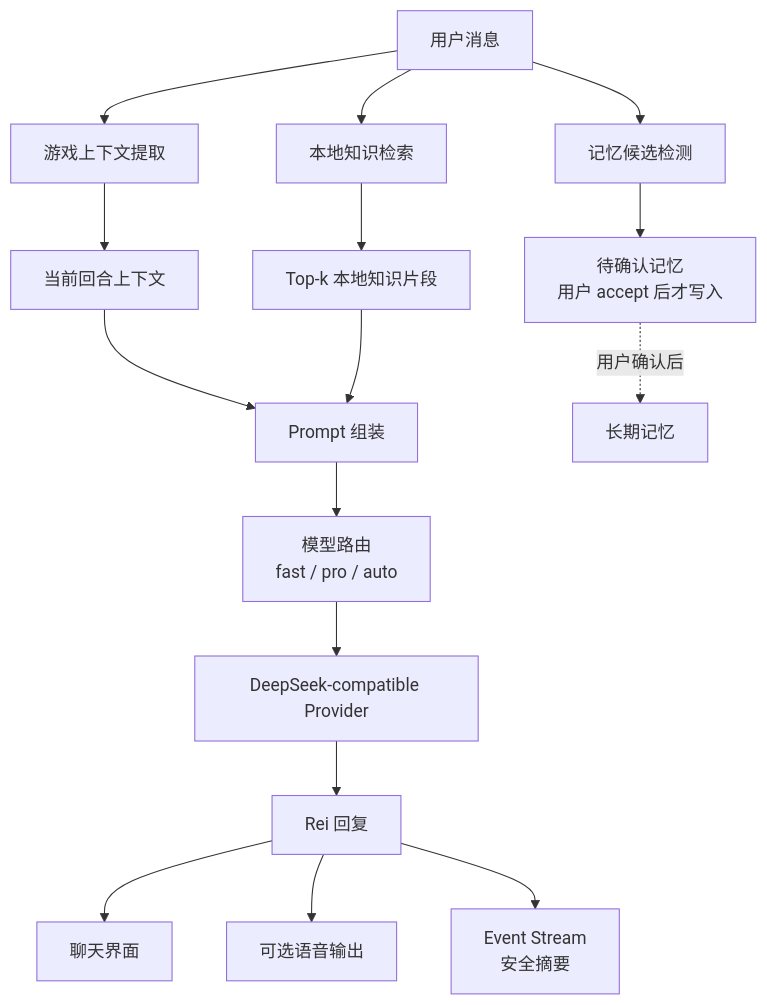
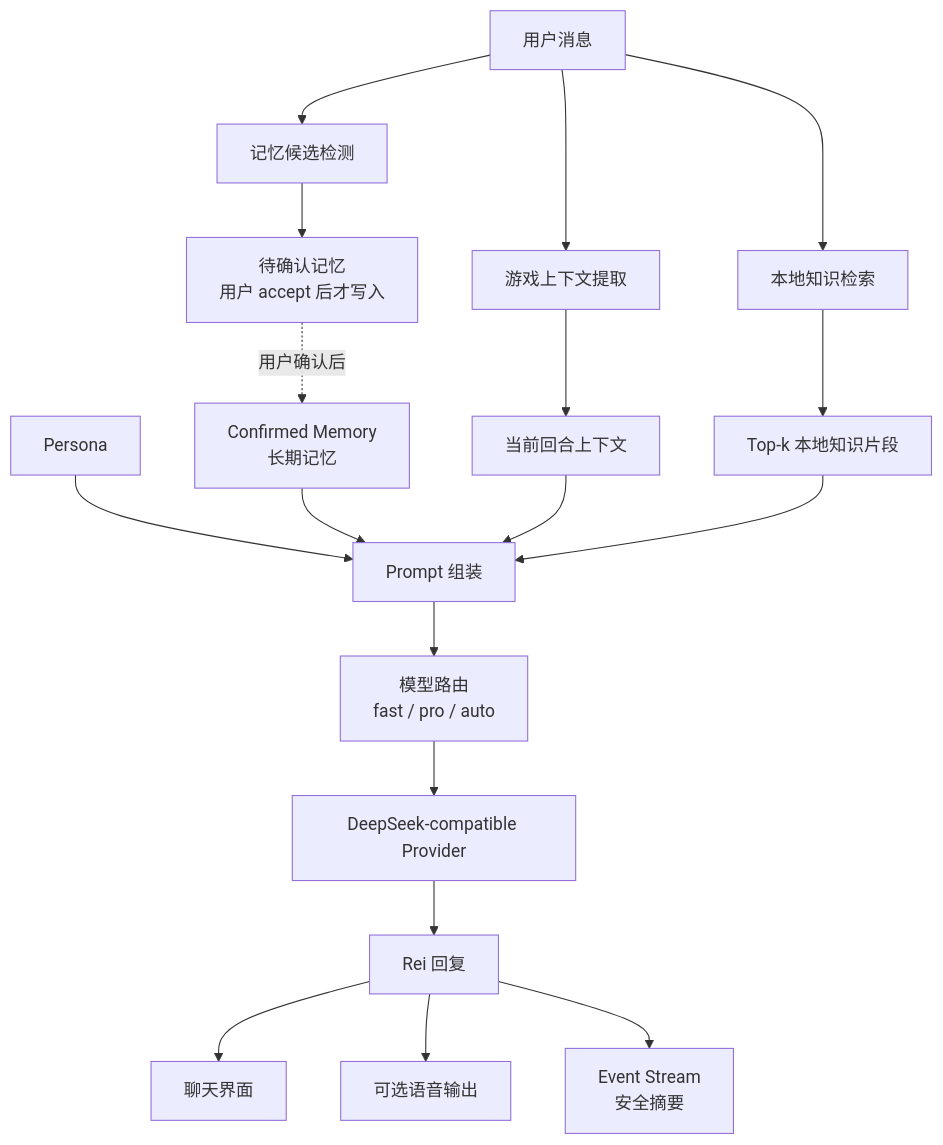
The second of 3 diagrams in README.md (Zhuoran-26/ReiLink), drawn with Mermaid before and after one commit. The commit also changed other lines of this file and 1 other file, not shown here.

Commit message:
docs: refine readme architecture and flow diagrams

````diff
--- a/README.md
+++ b/README.md
@@ -138,22 +140,24 @@
 ```mermaid
 flowchart TD
   U["用户消息"] --> GC["游戏上下文提取"]
   U --> MC["记忆候选检测"]
   U --> KR["本地知识检索"]
 
   GC --> CTX["当前回合上下文"]
   MC --> PM["待确认记忆<br/>用户 accept 后才写入"]
   KR --> KG["Top-k 本地知识片段"]
 
+  Persona["Persona"] --> Prompt["Prompt 组装"]
+  LongMemory["Confirmed Memory<br/>长期记忆"] --> Prompt
   CTX --> Prompt["Prompt 组装"]
   KG --> Prompt
   Prompt --> Router["模型路由<br/>fast / pro / auto"]
   Router --> LLM["DeepSeek-compatible Provider"]
   LLM --> Reply["Rei 回复"]
 
   Reply --> UI2["聊天界面"]
   Reply --> TTS["可选语音输出"]
   Reply --> ES["Event Stream<br/>安全摘要"]
 
-  PM -. "用户确认后" .-> LongMemory["长期记忆"]
+  PM -. "用户确认后" .-> LongMemory
 ```
````
